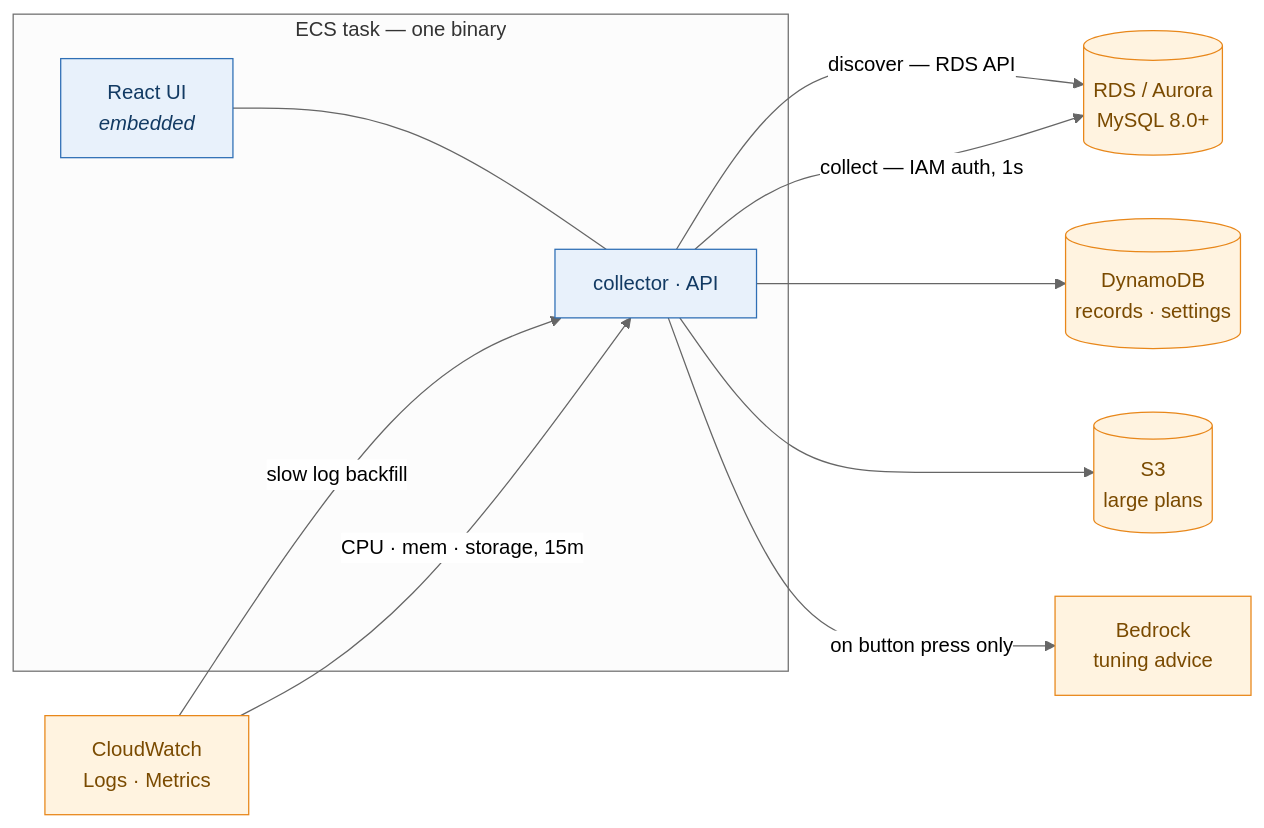
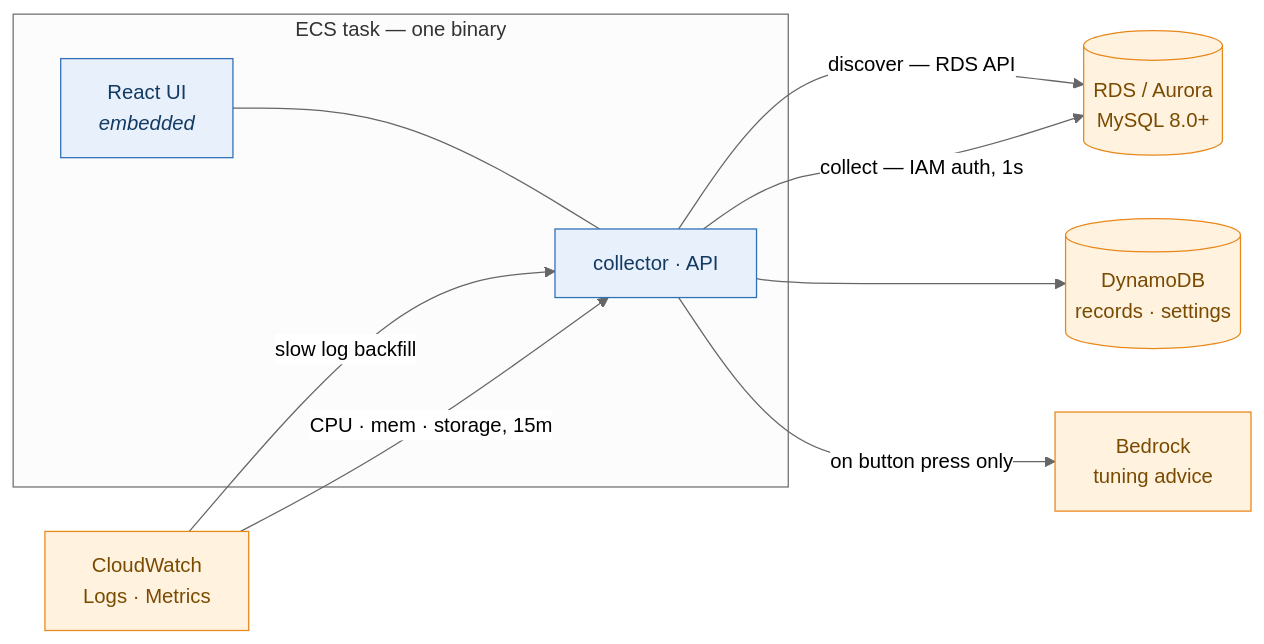
The diagram in README.md (TeiNam/aws-mysql-monitor), drawn with Mermaid (neutral theme) before and after one commit. The commit also changed 5 other files, not shown here.

````diff
--- a/README.md
+++ b/README.md
@@ -8,27 +8,25 @@
 ```mermaid
 flowchart LR
     subgraph task["ECS task — one binary"]
         ui["React UI<br/><i>embedded</i>"]
         app["collector · API"]
         ui --- app
     end
 
     db[("RDS / Aurora<br/>MySQL 8.0+")]
     cw["CloudWatch<br/>Logs · Metrics"]
     ddb[("DynamoDB<br/>records · settings")]
-    s3[("S3<br/>large plans")]
     br["Bedrock<br/>tuning advice"]
 
     app -->|"discover — RDS API"| db
     app -->|"collect — IAM auth, 1s"| db
     cw  -->|"slow log backfill"| app
     cw  -->|"CPU · mem · storage, 15m"| app
     app --> ddb
-    app --> s3
     app -->|"on button press only"| br
 
     classDef aws fill:#fff3e0,stroke:#e8871a,color:#7a4a00
     classDef own fill:#e8f1fb,stroke:#2f6fb5,color:#123a63
-    class db,cw,ddb,s3,br aws
+    class db,cw,ddb,br aws
     class ui,app own
 ```
````
